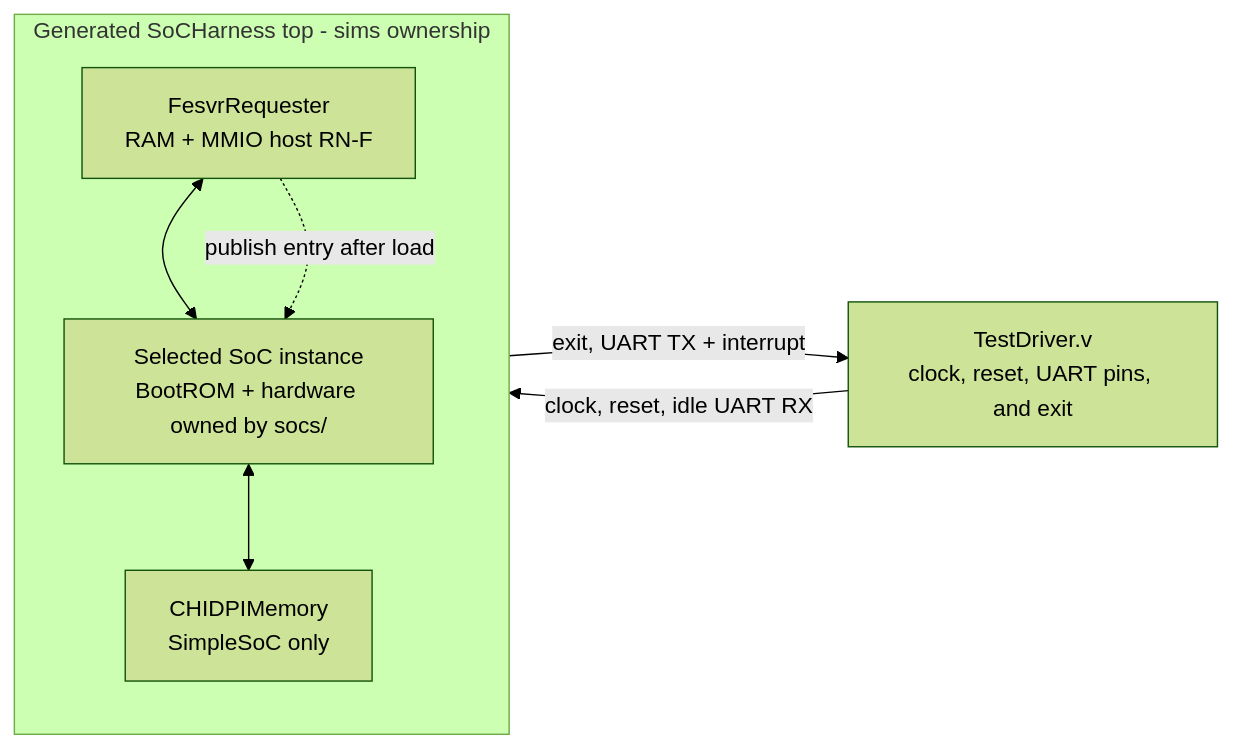
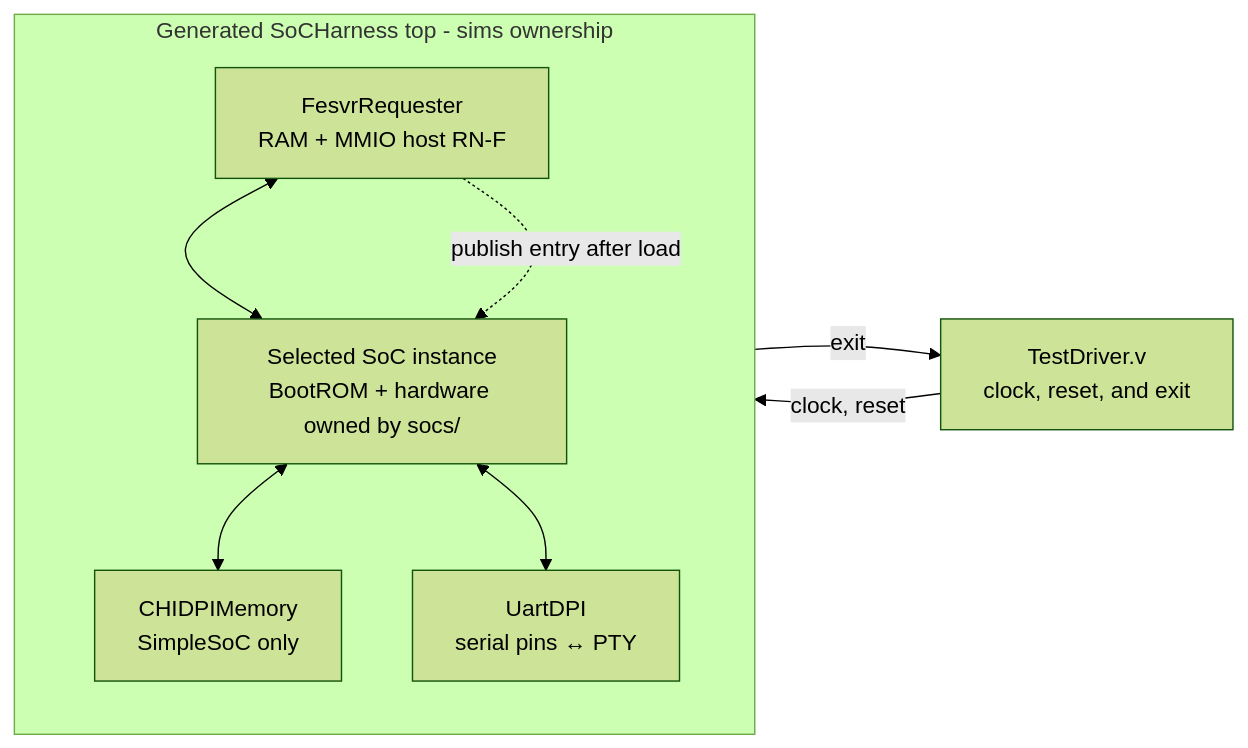
The diagram in sims/README.md (jerryz123/rhodium), drawn with Mermaid (forest theme) before and after one commit. The commit also changed other lines of this file and 12 other files, not shown here.

Commit message:
connect uart dpi

````diff
--- a/sims/README.md
+++ b/sims/README.md
@@ -30,17 +30,19 @@
 ```mermaid
 flowchart LR
-  Driver["TestDriver.v<br/>clock, reset, UART pins, and exit"]
+  Driver["TestDriver.v<br/>clock, reset, and exit"]
 
   subgraph Harness["Generated SoCHarness top - sims ownership"]
     FESVR["FesvrRequester<br/>RAM + MMIO host RN-F"]
     SoC["Selected SoC instance<br/>BootROM + hardware owned by socs/"]
     DPIMemory["CHIDPIMemory<br/>SimpleSoC only"]
+    UART["UartDPI<br/>serial pins ↔ PTY"]
 
     FESVR <--> SoC
     FESVR -.->|"publish entry after load"| SoC
     SoC <--> DPIMemory
+    SoC <--> UART
   end
 
-  Driver -->|"clock, reset, idle UART RX"| Harness
-  Harness -->|"exit, UART TX + interrupt"| Driver
+  Driver -->|"clock, reset"| Harness
+  Harness -->|"exit"| Driver
 ```
````
